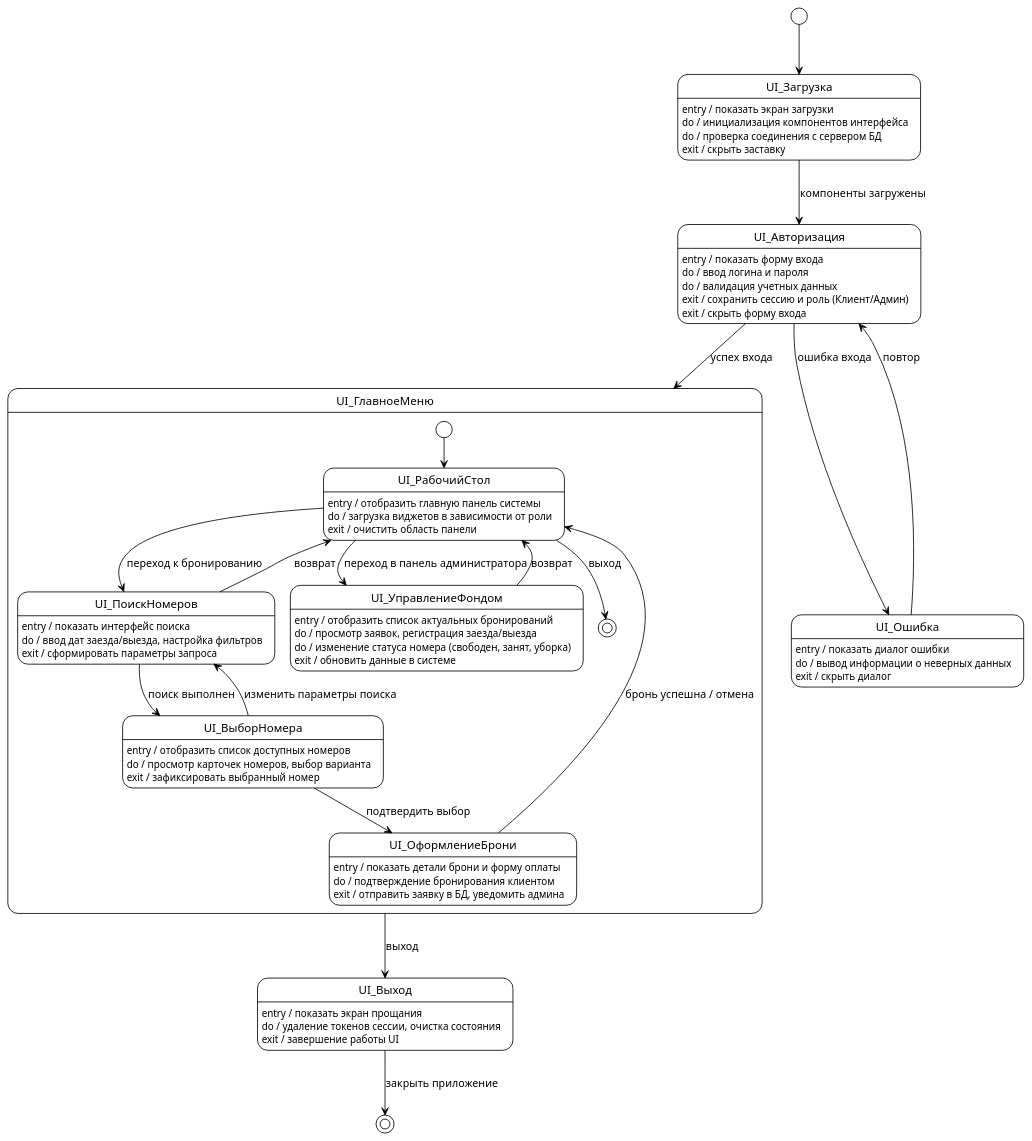
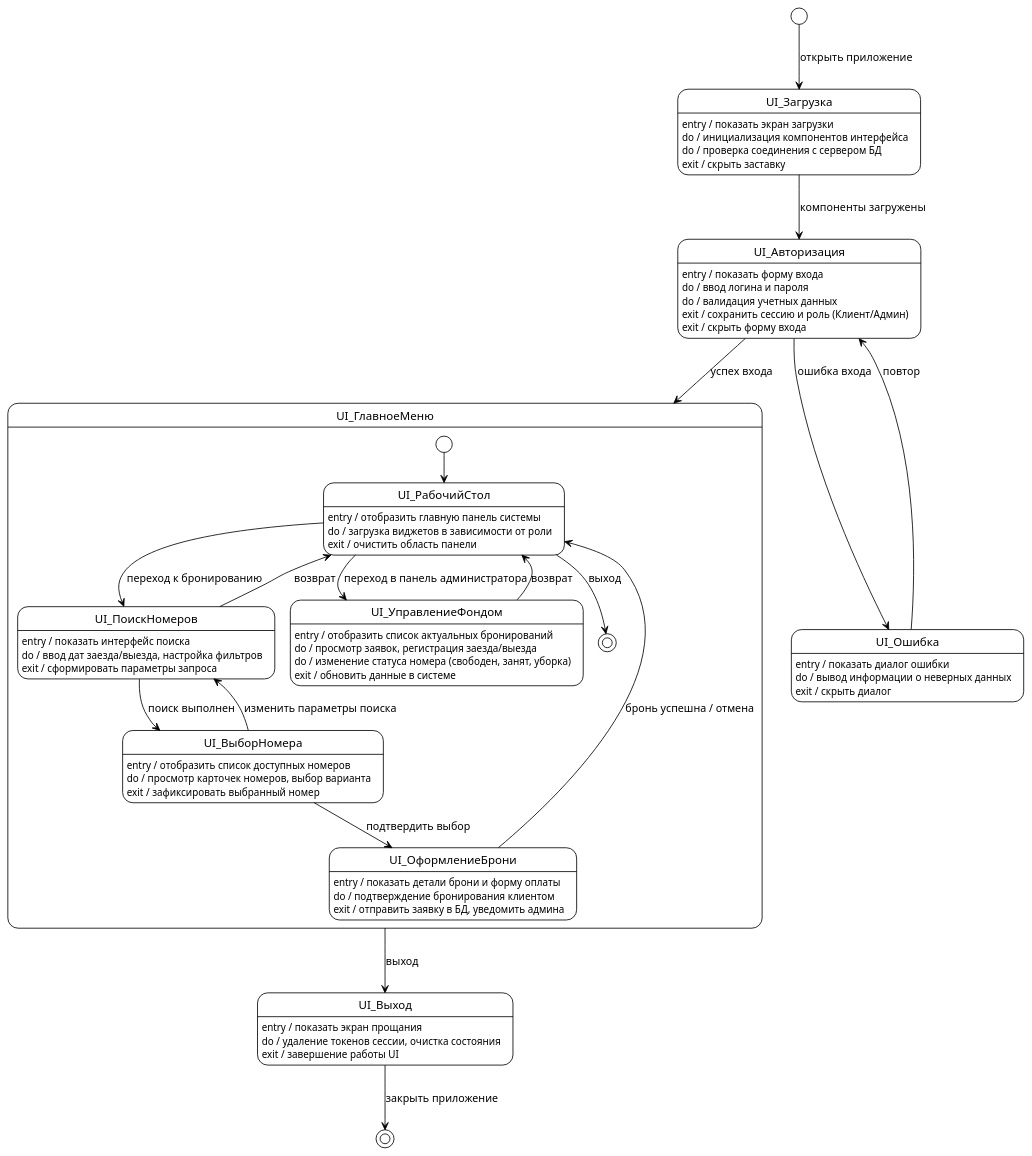
One commit to nePasha702/University-works changed the diagram in sem5/OMIS/lab1/user_interface.puml. Above: the diagram before and after it, drawn with PlantUML. The commit also changed 15436 other files, not shown here.

```diff
--- a/sem5/OMIS/lab1/user_interface.puml
+++ b/sem5/OMIS/lab1/user_interface.puml
@@ -1,70 +1,70 @@
 @startuml
 !theme plain
 
-[*] --> UI_Загрузка
+[*] --> UI_Загрузка : открыть приложение
 
 UI_Загрузка : entry / показать экран загрузки
 UI_Загрузка : do / инициализация компонентов интерфейса
 UI_Загрузка : do / проверка соединения с сервером БД
 UI_Загрузка : exit / скрыть заставку
 UI_Загрузка --> UI_Авторизация : компоненты загружены
 
 UI_Авторизация : entry / показать форму входа
 UI_Авторизация : do / ввод логина и пароля
 UI_Авторизация : do / валидация учетных данных
 UI_Авторизация : exit / сохранить сессию и роль (Клиент/Админ)
 UI_Авторизация : exit / скрыть форму входа
 UI_Авторизация --> UI_ГлавноеМеню : успех входа
 UI_Авторизация --> UI_Ошибка : ошибка входа
 
 UI_Ошибка : entry / показать диалог ошибки
 UI_Ошибка : do / вывод информации о неверных данных
 UI_Ошибка : exit / скрыть диалог
 UI_Ошибка --> UI_Авторизация : повтор
 
 state UI_ГлавноеМеню {
   [*] --> UI_РабочийСтол
   
   UI_РабочийСтол : entry / отобразить главную панель системы
   UI_РабочийСтол : do / загрузка виджетов в зависимости от роли
   UI_РабочийСтол : exit / очистить область панели
   
   ' --- Сценарий Клиента ---
   UI_РабочийСтол --> UI_ПоискНомеров : переход к бронированию
   
   UI_ПоискНомеров : entry / показать интерфейс поиска
   UI_ПоискНомеров : do / ввод дат заезда/выезда, настройка фильтров
   UI_ПоискНомеров : exit / сформировать параметры запроса
   UI_ПоискНомеров --> UI_ВыборНомера : поиск выполнен
   UI_ПоискНомеров --> UI_РабочийСтол : возврат
   
   UI_ВыборНомера : entry / отобразить список доступных номеров
   UI_ВыборНомера : do / просмотр карточек номеров, выбор варианта
   UI_ВыборНомера : exit / зафиксировать выбранный номер
   UI_ВыборНомера --> UI_ОформлениеБрони : подтвердить выбор
   UI_ВыборНомера --> UI_ПоискНомеров : изменить параметры поиска
   
   UI_ОформлениеБрони : entry / показать детали брони и форму оплаты
   UI_ОформлениеБрони : do / подтверждение бронирования клиентом
   UI_ОформлениеБрони : exit / отправить заявку в БД, уведомить админа
   UI_ОформлениеБрони --> UI_РабочийСтол : бронь успешна / отмена
   
   ' --- Сценарий Администратора ---
   UI_РабочийСтол --> UI_УправлениеФондом : переход в панель администратора
   
   UI_УправлениеФондом : entry / отобразить список актуальных бронирований
   UI_УправлениеФондом : do / просмотр заявок, регистрация заезда/выезда
   UI_УправлениеФондом : do / изменение статуса номера (свободен, занят, уборка)
   UI_УправлениеФондом : exit / обновить данные в системе
   UI_УправлениеФондом --> UI_РабочийСтол : возврат
   
   UI_РабочийСтол --> [*] : выход
 }
 
 UI_ГлавноеМеню --> UI_Выход : выход
 
 UI_Выход : entry / показать экран прощания
 UI_Выход : do / удаление токенов сессии, очистка состояния
 UI_Выход : exit / завершение работы UI
 UI_Выход --> [*] : закрыть приложение
 @enduml
```
